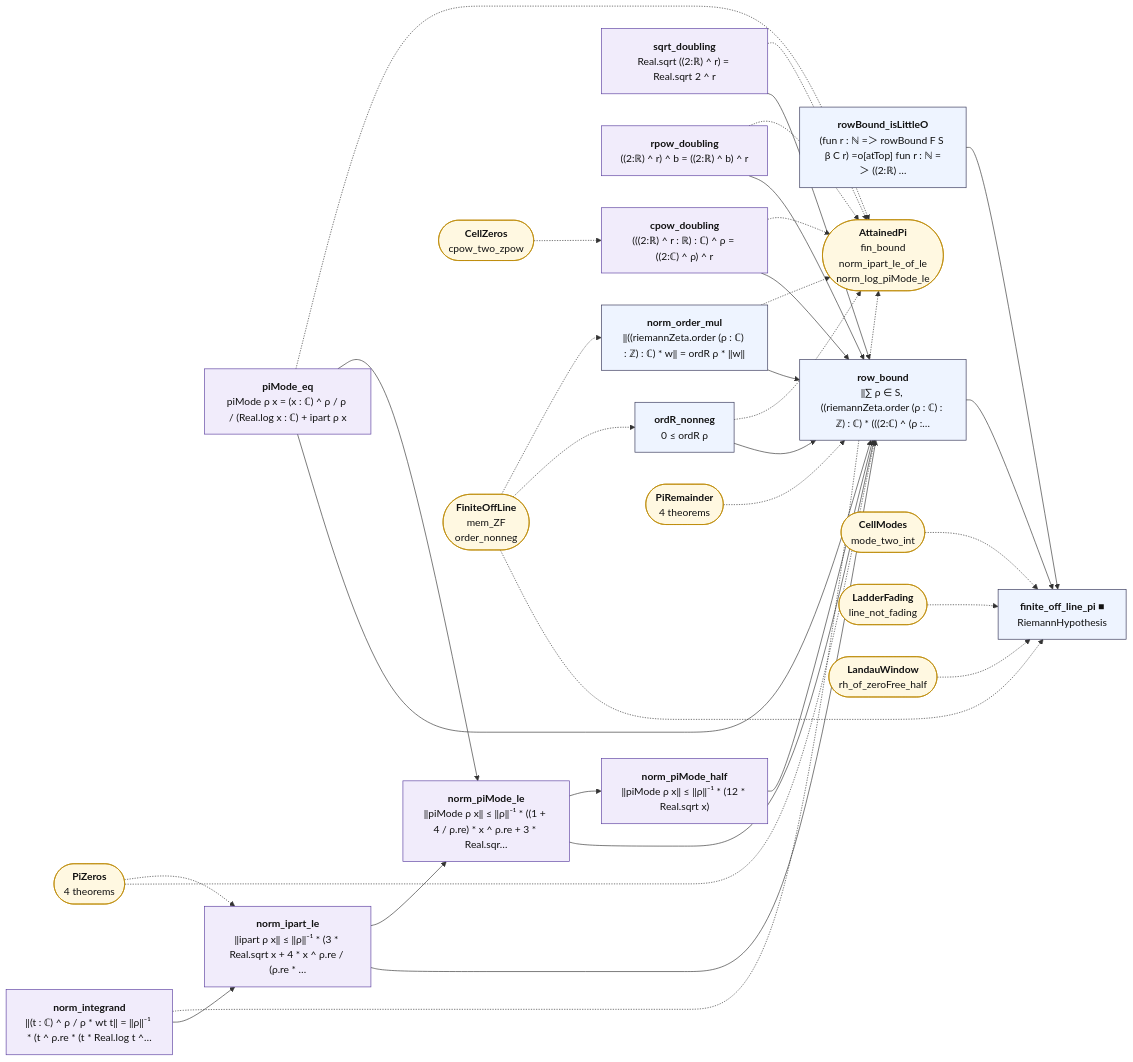
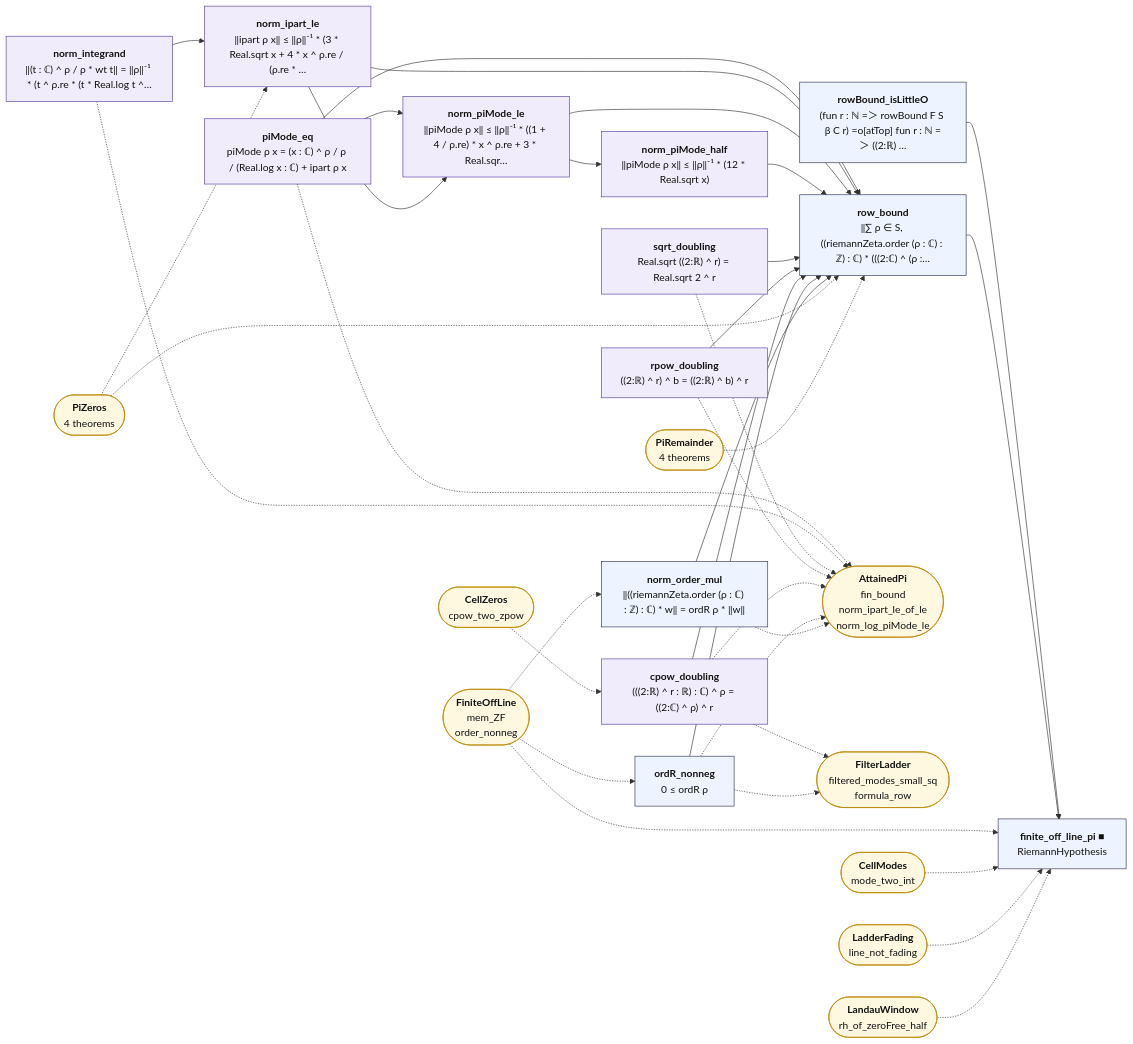
Before and after one commit to juliansambranojr/Primebeat_081426: the diagram in map/lean_stage3/FiniteOffLinePi.mmd, drawn with Mermaid. The commit also changed 35 other files, not shown here.

First line of the commit message:
Block S1: the filtered ladder (unit 0466)

```diff
--- a/map/lean_stage3/FiniteOffLinePi.mmd
+++ b/map/lean_stage3/FiniteOffLinePi.mmd
@@ -1,62 +1,65 @@
 flowchart LR
   n0["<b>piMode_eq</b><br/>piMode ρ x = (x : ℂ) ^ ρ / ρ / (Real.log x : ℂ) + ipart ρ x"]:::shp
   n1["<b>norm_integrand</b><br/>‖(t : ℂ) ^ ρ / ρ * wt t‖ = ‖ρ‖⁻¹ * (t ^ ρ.re * (t * Real.log t ^…"]:::shp
   n2["<b>norm_ipart_le</b><br/>‖ipart ρ x‖ ≤ ‖ρ‖⁻¹ * (3 * Real.sqrt x + 4 * x ^ ρ.re / (ρ.re * …"]:::shp
   n3["<b>norm_piMode_le</b><br/>‖piMode ρ x‖ ≤ ‖ρ‖⁻¹ * ((1 + 4 / ρ.re) * x ^ ρ.re + 3 * Real.sqr…"]:::shp
   n4["<b>norm_piMode_half</b><br/>‖piMode ρ x‖ ≤ ‖ρ‖⁻¹ * (12 * Real.sqrt x)"]:::shp
   n5["<b>sqrt_doubling</b><br/>Real.sqrt ((2:ℝ) ^ r) = Real.sqrt 2 ^ r"]:::shp
   n6["<b>rpow_doubling</b><br/>((2:ℝ) ^ r) ^ b = ((2:ℝ) ^ b) ^ r"]:::shp
   n7["<b>cpow_doubling</b><br/>(((2:ℝ) ^ r : ℝ) : ℂ) ^ ρ = ((2:ℂ) ^ ρ) ^ r"]:::shp
   n8["<b>ordR_nonneg</b><br/>0 ≤ ordR ρ"]:::thm
   n9["<b>norm_order_mul</b><br/>‖((riemannZeta.order (ρ : ℂ) : ℤ) : ℂ) * w‖ = ordR ρ * ‖w‖"]:::thm
   n10["<b>rowBound_isLittleO</b><br/>(fun r : ℕ =＞ rowBound F S β C r) =o[atTop] fun r : ℕ =＞ ((2:ℝ) …"]:::thm
   n11["<b>row_bound</b><br/>‖∑ ρ ∈ S, ((riemannZeta.order (ρ : ℂ) : ℤ) : ℂ) * (((2:ℂ) ^ (ρ :…"]:::thm
   n12["<b>finite_off_line_pi ■</b><br/>RiemannHypothesis"]:::thm
   x0(["<b>AttainedPi</b><br/>fin_bound<br/>norm_ipart_le_of_le<br/>norm_log_piMode_le"]):::ext
   x1(["<b>PiZeros</b><br/>4 theorems"]):::ext
   x2(["<b>CellZeros</b><br/>cpow_two_zpow"]):::ext
-  x3(["<b>FiniteOffLine</b><br/>mem_ZF<br/>order_nonneg"]):::ext
-  x4(["<b>PiRemainder</b><br/>4 theorems"]):::ext
-  x5(["<b>CellModes</b><br/>mode_two_int"]):::ext
-  x6(["<b>LadderFading</b><br/>line_not_fading"]):::ext
-  x7(["<b>LandauWindow</b><br/>rh_of_zeroFree_half"]):::ext
+  x3(["<b>FilterLadder</b><br/>filtered_modes_small_sq<br/>formula_row"]):::ext
+  x4(["<b>FiniteOffLine</b><br/>mem_ZF<br/>order_nonneg"]):::ext
+  x5(["<b>PiRemainder</b><br/>4 theorems"]):::ext
+  x6(["<b>CellModes</b><br/>mode_two_int"]):::ext
+  x7(["<b>LadderFading</b><br/>line_not_fading"]):::ext
+  x8(["<b>LandauWindow</b><br/>rh_of_zeroFree_half"]):::ext
   n0 --> n11
   n0 --> n3
   n1 --> n2
   n10 --> n12
   n11 --> n12
   n2 --> n11
   n2 --> n3
   n3 --> n11
   n3 --> n4
   n4 --> n11
   n5 --> n11
   n6 --> n11
   n7 --> n11
   n8 --> n11
   n9 --> n11
   n0 -.-> x0
   n1 -.-> x0
   n5 -.-> x0
   n6 -.-> x0
   n7 -.-> x0
+  n7 -.-> x3
   n8 -.-> x0
+  n8 -.-> x3
   n9 -.-> x0
   x1 -.-> n11
   x1 -.-> n2
   x2 -.-> n7
-  x3 -.-> n12
-  x3 -.-> n8
-  x3 -.-> n9
-  x4 -.-> n11
-  x5 -.-> n12
+  x4 -.-> n12
+  x4 -.-> n8
+  x4 -.-> n9
+  x5 -.-> n11
   x6 -.-> n12
   x7 -.-> n12
+  x8 -.-> n12
   classDef cnt fill:#dff5ec,stroke:#17694a,color:#111
   classDef shp fill:#f1ecfb,stroke:#5b3fa0,color:#111
   classDef rh fill:#ffe5e5,stroke:#c22,color:#111,stroke-width:2px
   classDef thm fill:#eef4ff,stroke:#335,color:#111
   classDef end_ fill:#e7f7e7,stroke:#2a7,color:#111,stroke-width:2px
   classDef lone fill:#fff,stroke:#999,color:#111,stroke-dasharray:4 3
   classDef bad fill:#ffe5e5,stroke:#c22,color:#111,stroke-width:2px
   classDef ext fill:#fff8e1,stroke:#b80,color:#111
```
